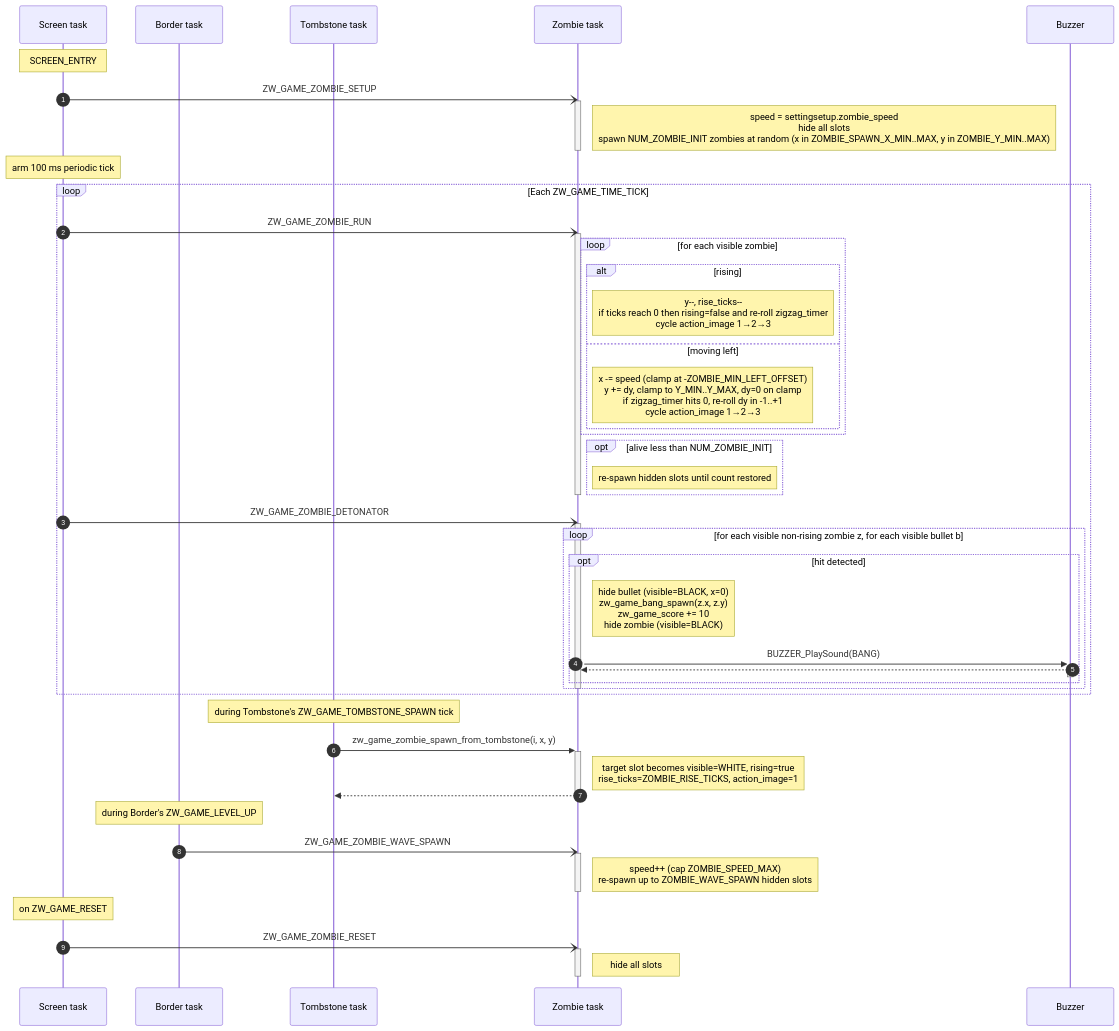
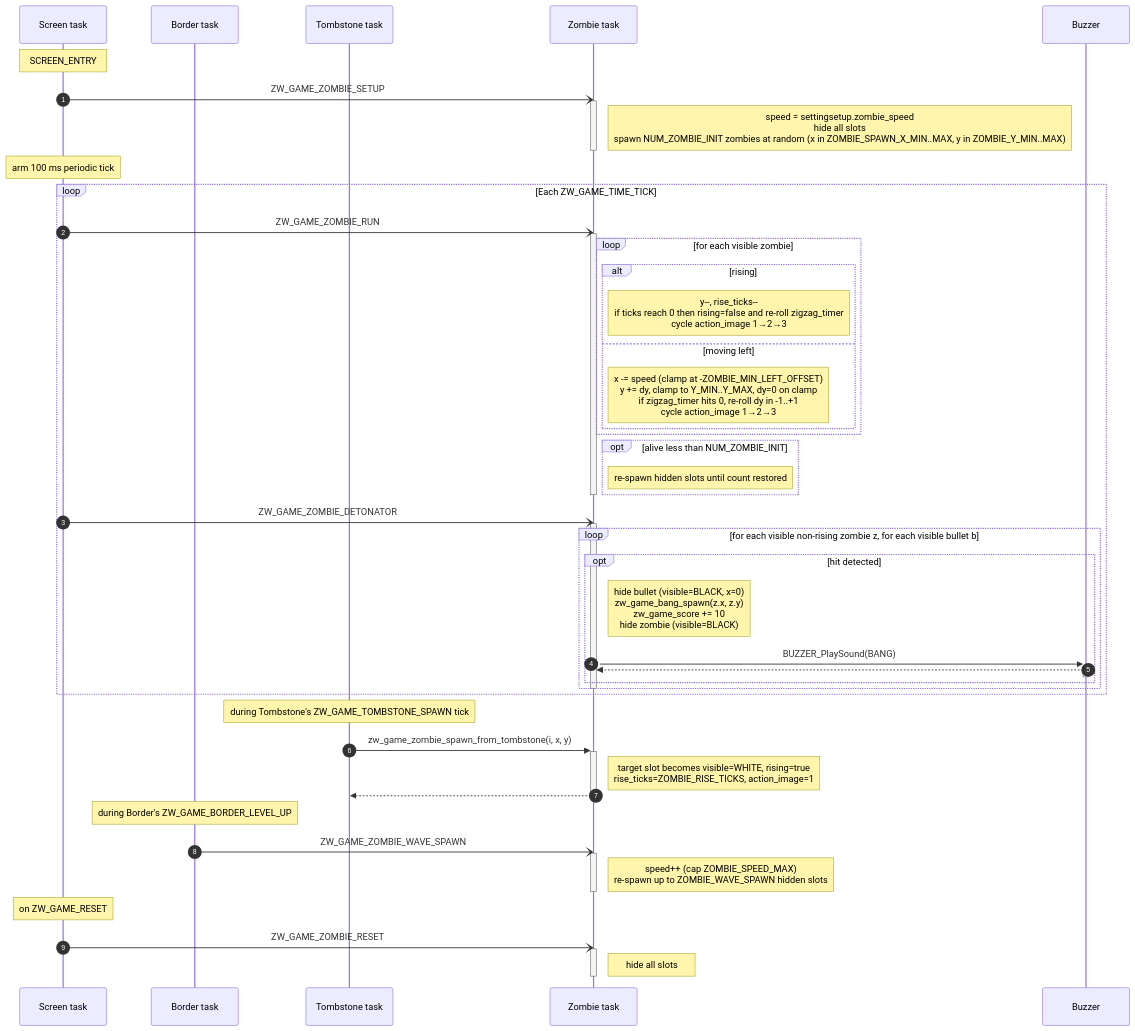
One commit to caotrongphuoc/mini-clock changed the third of 7 diagrams in docs/object_sequence.md. Above: the diagram before and after it, drawn with Mermaid. The commit also changed other lines of this file and 3 other files, not shown here.

Commit message:
[UPDATE] rename Border signals to ZW_GAME_BORDER_*

````diff
--- a/docs/object_sequence.md
+++ b/docs/object_sequence.md
@@ -165,60 +165,60 @@
 ```mermaid
 sequenceDiagram
     autonumber
     participant Scr as Screen task
     participant Bdr as Border task
     participant Tmb as Tombstone task
     participant Zmb as Zombie task
     participant Bz as Buzzer
 
     Note over Scr: SCREEN_ENTRY
     Scr-)Zmb: ZW_GAME_ZOMBIE_SETUP
     activate Zmb
     Note right of Zmb: speed = settingsetup.zombie_speed<br/>hide all slots<br/>spawn NUM_ZOMBIE_INIT zombies at random (x in ZOMBIE_SPAWN_X_MIN..MAX, y in ZOMBIE_Y_MIN..MAX)
     deactivate Zmb
     Note over Scr: arm 100 ms periodic tick
 
     loop Each ZW_GAME_TIME_TICK
         Scr-)Zmb: ZW_GAME_ZOMBIE_RUN
         activate Zmb
         loop for each visible zombie
             alt rising
                 Note right of Zmb: y--, rise_ticks--<br/>if ticks reach 0 then rising=false and re-roll zigzag_timer<br/>cycle action_image 1→2→3
             else moving left
                 Note right of Zmb: x -= speed (clamp at -ZOMBIE_MIN_LEFT_OFFSET)<br/>y += dy, clamp to Y_MIN..Y_MAX, dy=0 on clamp<br/>if zigzag_timer hits 0, re-roll dy in -1..+1<br/>cycle action_image 1→2→3
             end
         end
         opt alive less than NUM_ZOMBIE_INIT
             Note right of Zmb: re-spawn hidden slots until count restored
         end
         deactivate Zmb
 
         Scr-)Zmb: ZW_GAME_ZOMBIE_DETONATOR
         activate Zmb
         loop for each visible non-rising zombie z, for each visible bullet b
             opt hit detected
                 Note right of Zmb: hide bullet (visible=BLACK, x=0)<br/>zw_game_bang_spawn(z.x, z.y)<br/>zw_game_score += 10<br/>hide zombie (visible=BLACK)
                 Zmb->>+Bz: BUZZER_PlaySound(BANG)
                 Bz-->>-Zmb: 
             end
         end
         deactivate Zmb
     end
 
     Note over Tmb: during Tombstone's ZW_GAME_TOMBSTONE_SPAWN tick
     Tmb->>+Zmb: zw_game_zombie_spawn_from_tombstone(i, x, y)
     Note right of Zmb: target slot becomes visible=WHITE, rising=true<br/>rise_ticks=ZOMBIE_RISE_TICKS, action_image=1
     Zmb-->>-Tmb: 
 
-    Note over Bdr: during Border's ZW_GAME_LEVEL_UP
+    Note over Bdr: during Border's ZW_GAME_BORDER_LEVEL_UP
     Bdr-)Zmb: ZW_GAME_ZOMBIE_WAVE_SPAWN
     activate Zmb
     Note right of Zmb: speed++ (cap ZOMBIE_SPEED_MAX)<br/>re-spawn up to ZOMBIE_WAVE_SPAWN hidden slots
     deactivate Zmb
 
     Note over Scr: on ZW_GAME_RESET
     Scr-)Zmb: ZW_GAME_ZOMBIE_RESET
     activate Zmb
     Note right of Zmb: hide all slots
     deactivate Zmb
 ```
````
